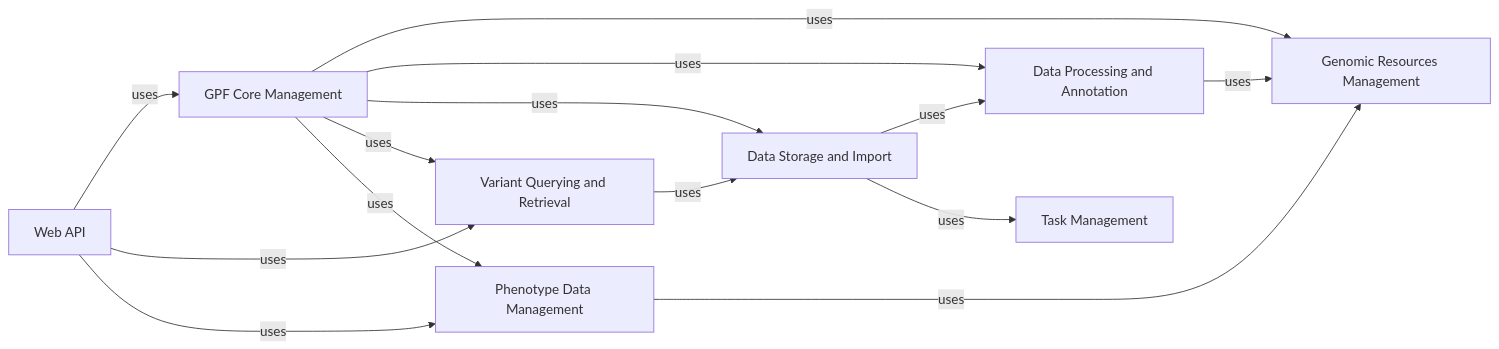
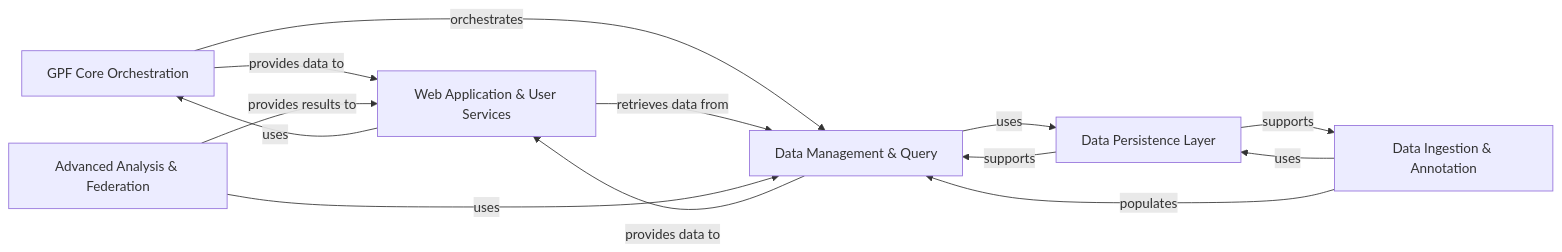
The diagram in gpf/on_boarding.md (CodeBoarding/GeneratedOnBoardings), drawn with Mermaid before and after one commit. The commit also changed other lines of this file and 45 other files, not shown here.

````diff
--- a/gpf/on_boarding.md
+++ b/gpf/on_boarding.md
@@ -1,32 +1,27 @@
 ```mermaid
 graph LR
-    GPF_Core_Management["GPF Core Management"]
-    Genomic_Resources_Management["Genomic Resources Management"]
-    Data_Processing_and_Annotation["Data Processing and Annotation"]
-    Data_Storage_and_Import["Data Storage and Import"]
-    Variant_Querying_and_Retrieval["Variant Querying and Retrieval"]
-    Web_API["Web API"]
-    Phenotype_Data_Management["Phenotype Data Management"]
-    Task_Management["Task Management"]
-    GPF_Core_Management -- "uses" --> Genomic_Resources_Management
-    GPF_Core_Management -- "uses" --> Data_Processing_and_Annotation
-    GPF_Core_Management -- "uses" --> Data_Storage_and_Import
-    GPF_Core_Management -- "uses" --> Variant_Querying_and_Retrieval
-    GPF_Core_Management -- "uses" --> Phenotype_Data_Management
-    Data_Processing_and_Annotation -- "uses" --> Genomic_Resources_Management
-    Data_Storage_and_Import -- "uses" --> Data_Processing_and_Annotation
-    Variant_Querying_and_Retrieval -- "uses" --> Data_Storage_and_Import
-    Web_API -- "uses" --> GPF_Core_Management
-    Web_API -- "uses" --> Variant_Querying_and_Retrieval
-    Web_API -- "uses" --> Phenotype_Data_Management
-    Phenotype_Data_Management -- "uses" --> Genomic_Resources_Management
-    Data_Storage_and_Import -- "uses" --> Task_Management
-    click GPF_Core_Management href "https://github.com/CodeBoarding/GeneratedOnBoardings/blob/main/gpf/GPF Core Management.md" "Details"
-    click Genomic_Resources_Management href "https://github.com/CodeBoarding/GeneratedOnBoardings/blob/main/gpf/Genomic Resources Management.md" "Details"
-    click Data_Processing_and_Annotation href "https://github.com/CodeBoarding/GeneratedOnBoardings/blob/main/gpf/Data Processing and Annotation.md" "Details"
-    click Data_Storage_and_Import href "https://github.com/CodeBoarding/GeneratedOnBoardings/blob/main/gpf/Data Storage and Import.md" "Details"
-    click Variant_Querying_and_Retrieval href "https://github.com/CodeBoarding/GeneratedOnBoardings/blob/main/gpf/Variant Querying and Retrieval.md" "Details"
-    click Web_API href "https://github.com/CodeBoarding/GeneratedOnBoardings/blob/main/gpf/Web API.md" "Details"
-    click Phenotype_Data_Management href "https://github.com/CodeBoarding/GeneratedOnBoardings/blob/main/gpf/Phenotype Data Management.md" "Details"
-    click Task_Management href "https://github.com/CodeBoarding/GeneratedOnBoardings/blob/main/gpf/Task Management.md" "Details"
+    GPF_Core_Orchestration["GPF Core Orchestration"]
+    Data_Management_Query["Data Management & Query"]
+    Data_Ingestion_Annotation["Data Ingestion & Annotation"]
+    Web_Application_User_Services["Web Application & User Services"]
+    Advanced_Analysis_Federation["Advanced Analysis & Federation"]
+    Data_Persistence_Layer["Data Persistence Layer"]
+    GPF_Core_Orchestration -- "provides data to" --> Web_Application_User_Services
+    GPF_Core_Orchestration -- "orchestrates" --> Data_Management_Query
+    Data_Management_Query -- "uses" --> Data_Persistence_Layer
+    Data_Management_Query -- "provides data to" --> Web_Application_User_Services
+    Data_Ingestion_Annotation -- "uses" --> Data_Persistence_Layer
+    Data_Ingestion_Annotation -- "populates" --> Data_Management_Query
+    Web_Application_User_Services -- "uses" --> GPF_Core_Orchestration
+    Web_Application_User_Services -- "retrieves data from" --> Data_Management_Query
+    Advanced_Analysis_Federation -- "uses" --> Data_Management_Query
+    Advanced_Analysis_Federation -- "provides results to" --> Web_Application_User_Services
+    Data_Persistence_Layer -- "supports" --> Data_Management_Query
+    Data_Persistence_Layer -- "supports" --> Data_Ingestion_Annotation
+    click GPF_Core_Orchestration href "https://github.com/CodeBoarding/GeneratedOnBoardings/blob/main//gpf/GPF_Core_Orchestration.md" "Details"
+    click Data_Management_Query href "https://github.com/CodeBoarding/GeneratedOnBoardings/blob/main//gpf/Data_Management_Query.md" "Details"
+    click Data_Ingestion_Annotation href "https://github.com/CodeBoarding/GeneratedOnBoardings/blob/main//gpf/Data_Ingestion_Annotation.md" "Details"
+    click Web_Application_User_Services href "https://github.com/CodeBoarding/GeneratedOnBoardings/blob/main//gpf/Web_Application_User_Services.md" "Details"
+    click Advanced_Analysis_Federation href "https://github.com/CodeBoarding/GeneratedOnBoardings/blob/main//gpf/Advanced_Analysis_Federation.md" "Details"
+    click Data_Persistence_Layer href "https://github.com/CodeBoarding/GeneratedOnBoardings/blob/main//gpf/Data_Persistence_Layer.md" "Details"
 ```
````
